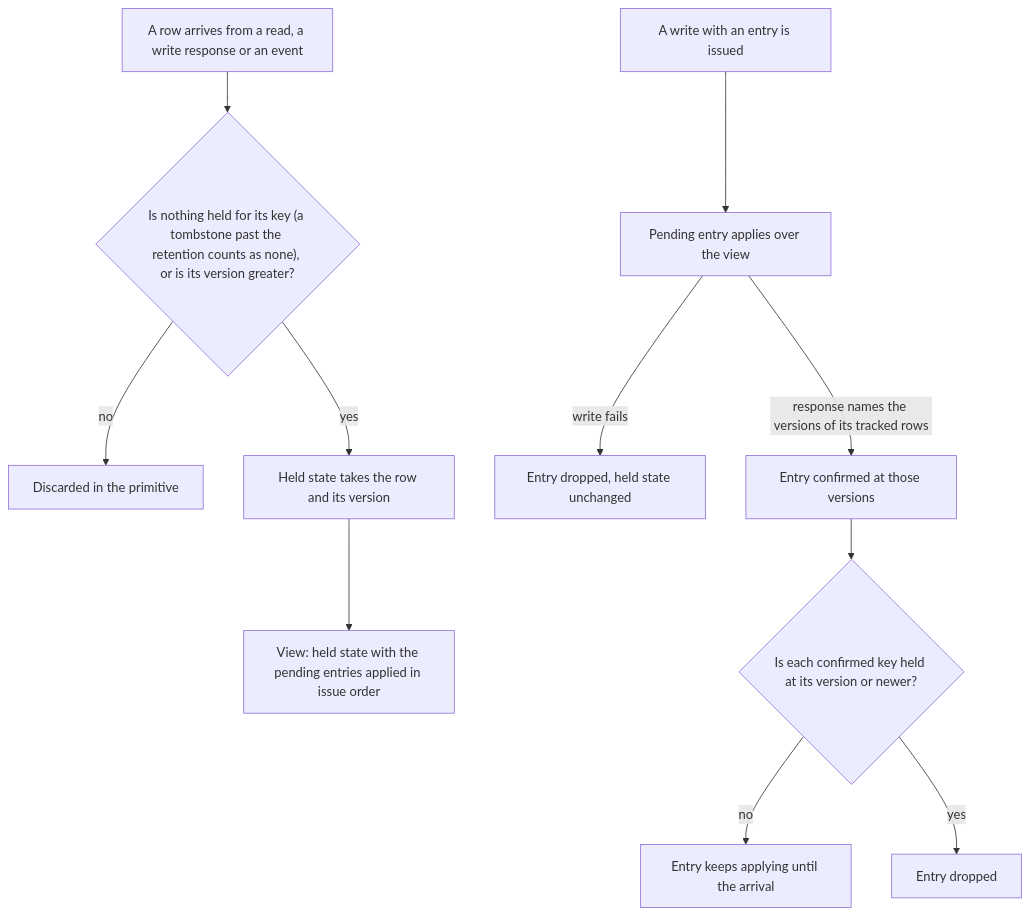
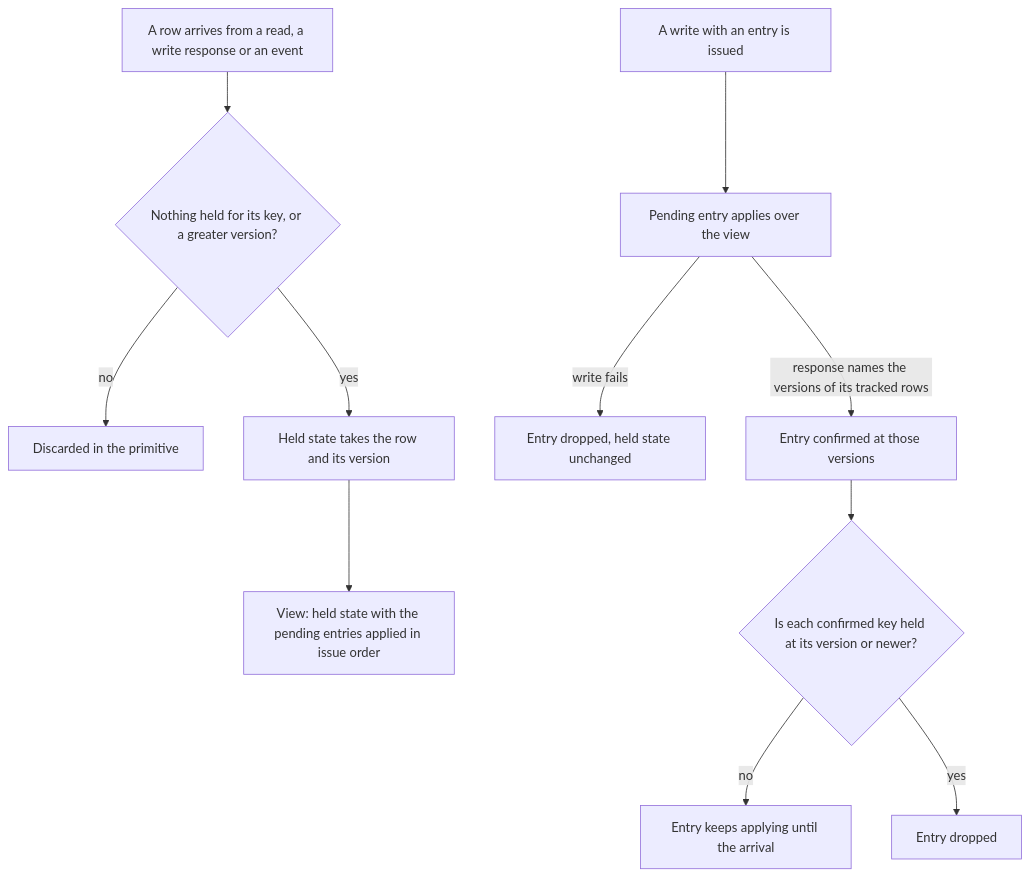
The first of 2 diagrams in openspec/changes/architecture-optimistic-overlay/design.md (Esposter/Esposter), drawn with Mermaid before and after one commit. The commit also changed 1 other file, not shown here.

Commit message:
docs: the join and the arrival gate diagrams take labels of a name and one qualifier, with the detail in the prose beside them
Claude-Session: https://claude.ai/code/session_0145sUFj8t668TjUtSXRqZH3

````diff
--- a/openspec/changes/architecture-optimistic-overlay/design.md
+++ b/openspec/changes/architecture-optimistic-overlay/design.md
@@ -31,13 +31,13 @@
 ```mermaid
 flowchart TD
-  A["A row arrives from a read, a write response or an event"] --> G{"Is nothing held for its key (a tombstone past the retention counts as none), or is its version greater?"}
+  A["A row arrives from a read, a write response or an event"] --> G{"Nothing held for its key, or a greater version?"}
   G -->|no| X["Discarded in the primitive"]
   G -->|yes| H["Held state takes the row and its version"]
   H --> V["View: held state with the pending entries applied in issue order"]
   W["A write with an entry is issued"] --> P["Pending entry applies over the view"]
   P -->|"write fails"| D["Entry dropped, held state unchanged"]
   P -->|"response names the versions of its tracked rows"| C["Entry confirmed at those versions"]
   C --> S{"Is each confirmed key held at its version or newer?"}
   S -->|no| K["Entry keeps applying until the arrival"]
   S -->|yes| E["Entry dropped"]
 ```
````
